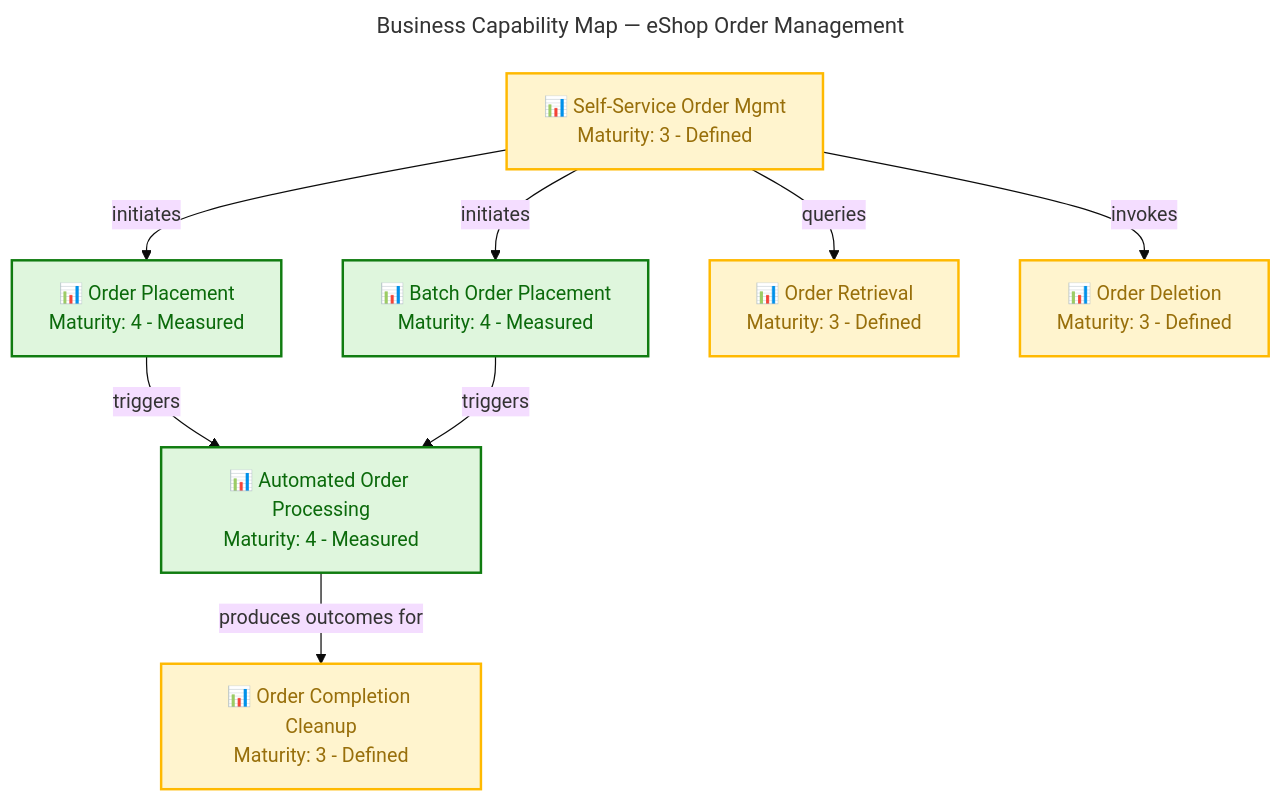
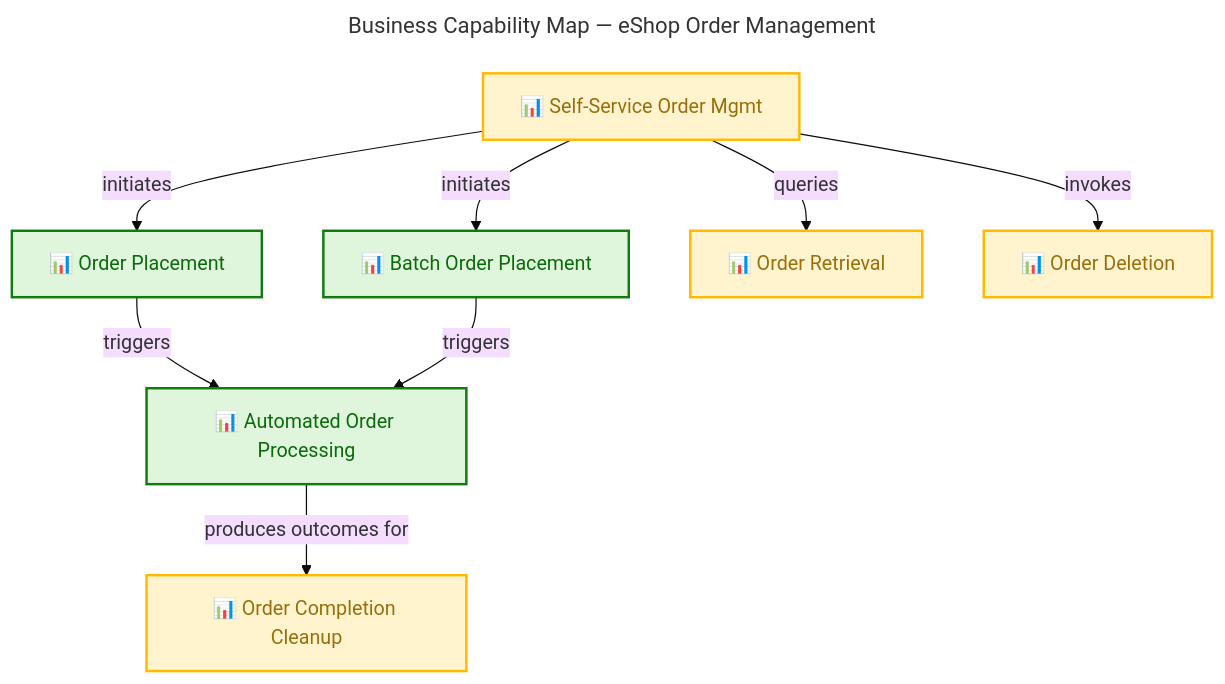
The first of 7 diagrams in docs/architecture/business-architecture.md (Evilazaro/Azure-LogicApps-Monitoring), drawn with Mermaid before and after one commit. The commit also changed other lines of this file, not shown here.

````diff
--- a/docs/architecture/business-architecture.md
+++ b/docs/architecture/business-architecture.md
@@ -135,49 +135,49 @@
 ```mermaid
 ---
 title: Business Capability Map — eShop Order Management
 config:
   theme: base
   look: classic
   layout: dagre
   themeVariables:
     fontSize: '16px'
 ---
 flowchart TB
     accTitle: Business Capability Map
     accDescr: Shows 7 core business capabilities with maturity levels and dependencies for the eShop Order Management platform
 
     %% ═══════════════════════════════════════════════════════════════════════════
     %% AZURE / FLUENT ARCHITECTURE PATTERN v1.1
     %% (Semantic + Structural + Font + Accessibility Governance)
     %% ═══════════════════════════════════════════════════════════════════════════
     %% PHASE 1 - STRUCTURAL: Direction explicit, flat topology, nesting ≤ 3
     %% PHASE 2 - SEMANTIC: Colors justified, max 5 semantic classes, neutral-first
     %% PHASE 3 - FONT: Dark text on light backgrounds, contrast ≥ 4.5:1
     %% PHASE 4 - ACCESSIBILITY: accTitle/accDescr present, icons on all nodes
     %% PHASE 5 - STANDARD: Governance block present, classDefs centralized
     %% ═══════════════════════════════════════════════════════════════════════════
 
-    C1["📊 Order Placement\nMaturity: 4 - Measured"]:::success
-    C2["📊 Batch Order Placement\nMaturity: 4 - Measured"]:::success
-    C3["📊 Automated Order Processing\nMaturity: 4 - Measured"]:::success
-    C4["📊 Order Retrieval\nMaturity: 3 - Defined"]:::warning
-    C5["📊 Order Deletion\nMaturity: 3 - Defined"]:::warning
-    C6["📊 Order Completion Cleanup\nMaturity: 3 - Defined"]:::warning
-    C7["📊 Self-Service Order Mgmt\nMaturity: 3 - Defined"]:::warning
+    C1["📊 Order Placement"]:::success
+    C2["📊 Batch Order Placement"]:::success
+    C3["📊 Automated Order Processing"]:::success
+    C4["📊 Order Retrieval"]:::warning
+    C5["📊 Order Deletion"]:::warning
+    C6["📊 Order Completion Cleanup"]:::warning
+    C7["📊 Self-Service Order Mgmt"]:::warning
 
     C1 -->|"triggers"| C3
     C2 -->|"triggers"| C3
     C3 -->|"produces outcomes for"| C6
     C7 -->|"initiates"| C1
     C7 -->|"initiates"| C2
     C7 -->|"queries"| C4
     C7 -->|"invokes"| C5
 
     classDef neutral fill:#FAFAFA,stroke:#8A8886,stroke-width:2px,color:#323130
     classDef core fill:#DEECF9,stroke:#0078D4,stroke-width:2px,color:#004578
     classDef success fill:#DFF6DD,stroke:#107C10,stroke-width:2px,color:#0B6A0B
     classDef warning fill:#FFF4CE,stroke:#FFB900,stroke-width:2px,color:#986F0B
     classDef danger fill:#FDE7E9,stroke:#E81123,stroke-width:2px,color:#A4262C
     classDef data fill:#E1DFDD,stroke:#8378DE,stroke-width:2px,color:#5B5FC7
     classDef external fill:#F3F2F1,stroke:#605E5C,stroke-width:2px,color:#323130
 ```
````
